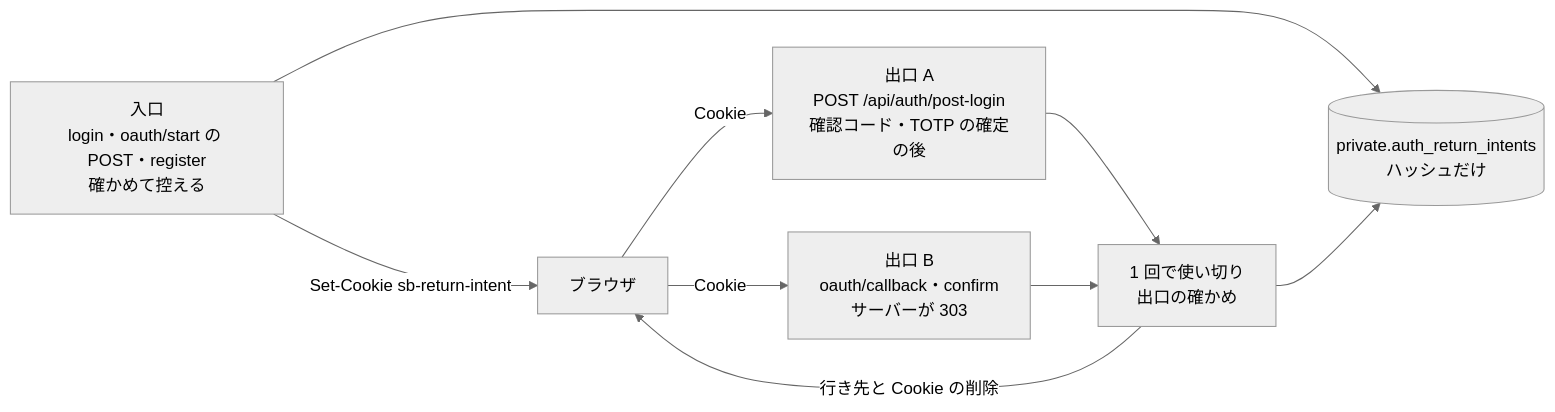
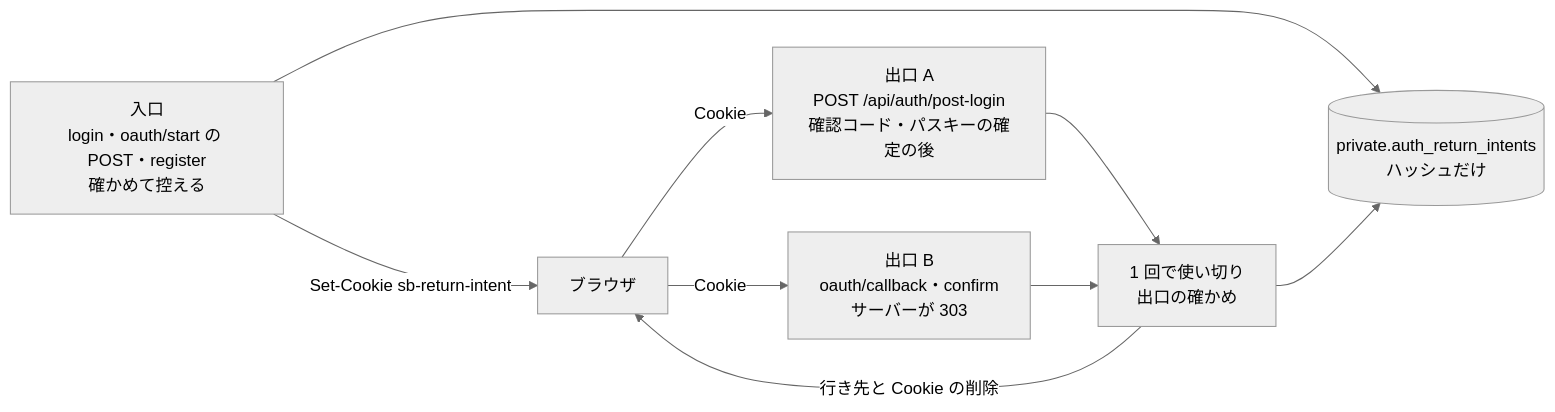
Before and after one commit to ChocoWork/o_official: the sixth of 22 diagrams in docs/03_BasicDesign/areas/auth.md, drawn with Mermaid (neutral theme). The commit also changed other lines of this file and 107 other files, not shown here.

First line of the commit message:
feat(auth): 認証アプリ（TOTP）の窓口・画面と MFA のやり直しの窓口を消す（パスキー段4）

````diff
--- a/docs/03_BasicDesign/areas/auth.md
+++ b/docs/03_BasicDesign/areas/auth.md
@@ -303,11 +299,11 @@
 ```mermaid
 flowchart LR
   IN["入口<br/>login・oauth/start の POST・register<br/>確かめて控える"] --> DB[("private.auth_return_intents<br/>ハッシュだけ")]
   IN -->|Set-Cookie sb-return-intent| B["ブラウザ"]
-  B -->|Cookie| XA["出口 A<br/>POST /api/auth/post-login<br/>確認コード・TOTP の確定の後"]
+  B -->|Cookie| XA["出口 A<br/>POST /api/auth/post-login<br/>確認コード・パスキーの確定の後"]
   B -->|Cookie| XB["出口 B<br/>oauth/callback・confirm<br/>サーバーが 303"]
   XA --> U["1 回で使い切り<br/>出口の確かめ"]
   XB --> U
   U --> DB
   U -->|行き先と Cookie の削除| B
 ```
````
